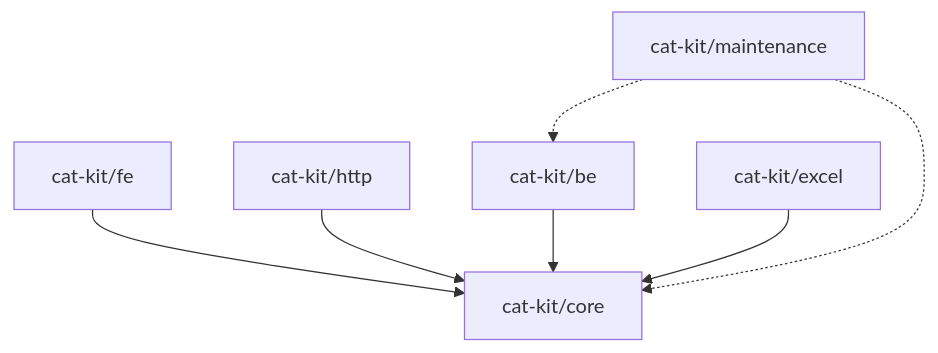
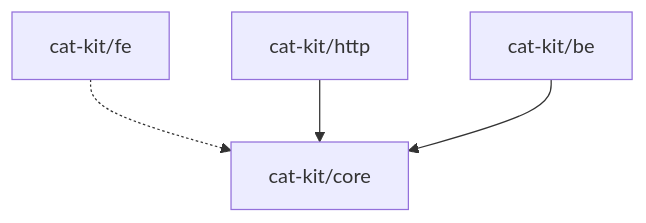
The diagram in docs/content/packages/maintenance/deps.md (cabinet-fe/cat-kit), drawn with Mermaid before and after one commit. The commit also changed other lines of this file and 22 other files, not shown here.

````diff
--- a/docs/content/packages/maintenance/deps.md
+++ b/docs/content/packages/maintenance/deps.md
@@ -303,9 +360,6 @@
 ```mermaid
 graph TD
-  cat-kit/fe-->cat-kit/core
+  cat-kit/fe-.->cat-kit/core
   cat-kit/http-->cat-kit/core
   cat-kit/be-->cat-kit/core
-  cat-kit/excel-->cat-kit/core
-  cat-kit/maintenance-.->cat-kit/core
-  cat-kit/maintenance-.->cat-kit/be
 ```
````
